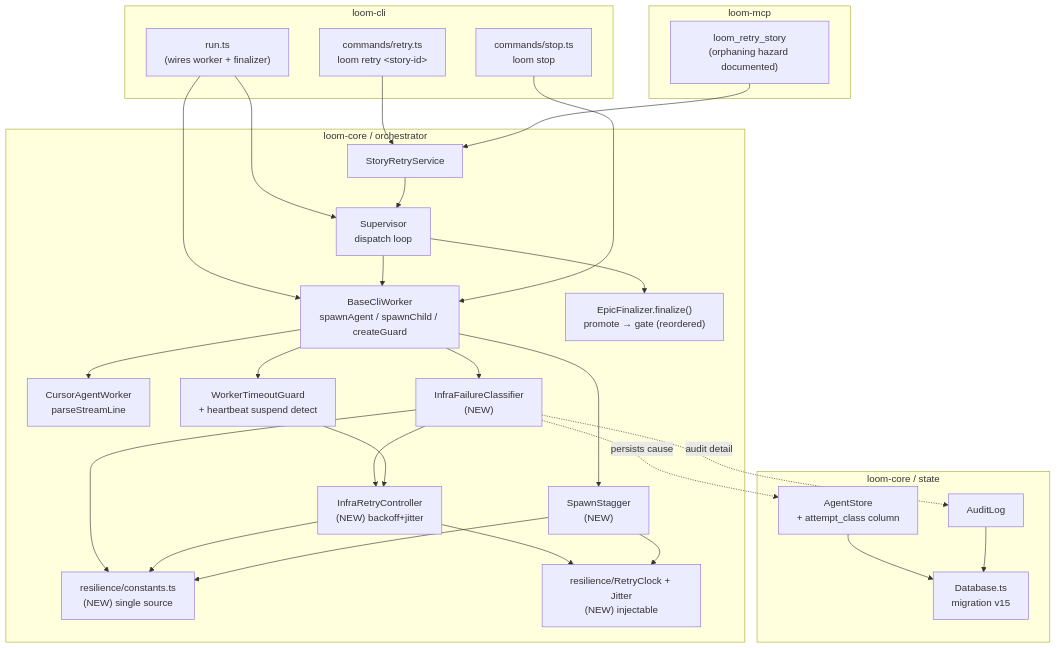
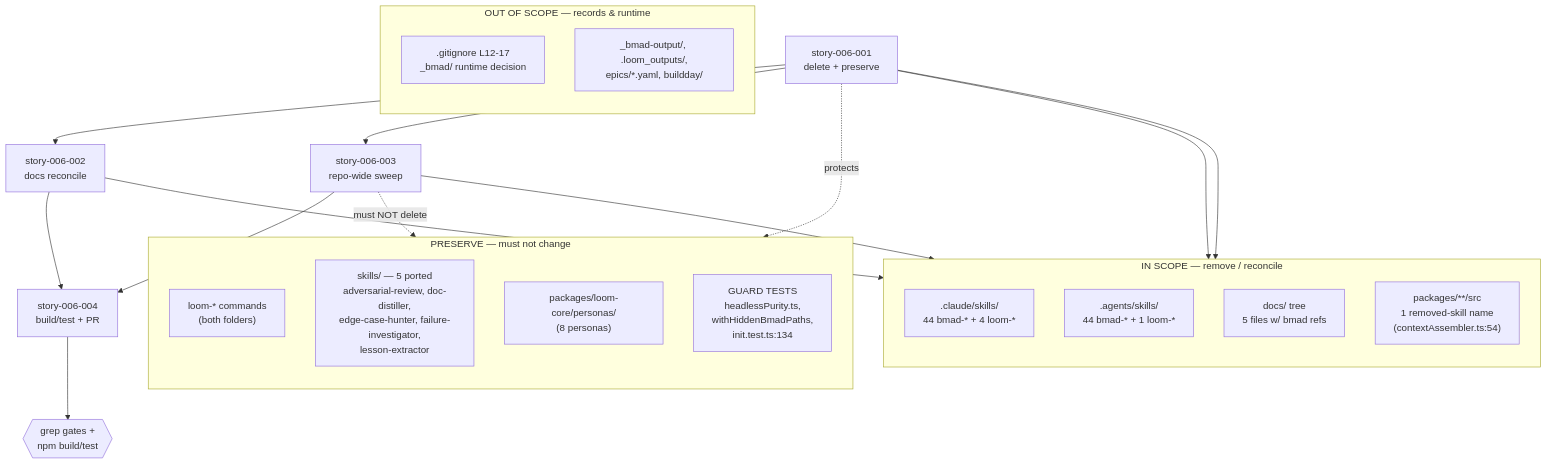
One commit to jeromeportega/loom changed the diagram in .loom_outputs/epic-006/architecture.md. Above: the diagram before and after it, drawn with Mermaid. The commit also changed other lines of this file and 447 other files, not shown here.

First line of the commit message:
epic-006: Remove BMAD scaffolding and reconcile docs (#12)

````diff
--- a/.loom_outputs/epic-006/architecture.md
+++ b/.loom_outputs/epic-006/architecture.md
@@ -17,56 +17,32 @@
 ```mermaid
-flowchart TD
-    subgraph cli["loom-cli"]
-        RUN["run.ts<br/>(wires worker + finalizer)"]
-        RETRY["commands/retry.ts<br/>loom retry &lt;story-id&gt;"]
-        STOP["commands/stop.ts<br/>loom stop"]
+flowchart TB
+    subgraph InScope["IN SCOPE — remove / reconcile"]
+        direction TB
+        CL[".claude/skills/<br/>44 bmad-* + 4 loom-*"]
+        AG[".agents/skills/<br/>44 bmad-* + 1 loom-*"]
+        DOCS["docs/ tree<br/>5 files w/ bmad refs"]
+        SRC["packages/**/src<br/>1 removed-skill name<br/>(contextAssembler.ts:54)"]
     end
 
-    subgraph core["loom-core / orchestrator"]
-        SUP["Supervisor<br/>dispatch loop"]
-        BCW["BaseCliWorker<br/>spawnAgent / spawnChild / createGuard"]
-        CAW["CursorAgentWorker<br/>parseStreamLine"]
-        WTG["WorkerTimeoutGuard<br/>+ heartbeat suspend detect"]
-        CLS["InfraFailureClassifier<br/>(NEW)"]
-        BACK["InfraRetryController<br/>(NEW) backoff+jitter"]
-        STAG["SpawnStagger<br/>(NEW)"]
-        SRS["StoryRetryService"]
-        FIN["EpicFinalizer.finalize()<br/>promote → gate (reordered)"]
-        CONST["resilience/constants.ts<br/>(NEW) single source"]
-        CLOCK["resilience/RetryClock + Jitter<br/>(NEW) injectable"]
+    subgraph Preserve["PRESERVE — must not change"]
+        direction TB
+        LOOM["loom-* commands<br/>(both folders)"]
+        SKILLS["skills/ — 5 ported<br/>adversarial-review, doc-distiller,<br/>edge-case-hunter, failure-investigator,<br/>lesson-extractor"]
+        PERS["packages/loom-core/personas/<br/>(8 personas)"]
+        GUARD["GUARD TESTS<br/>headlessPurity.ts,<br/>withHiddenBmadPaths,<br/>init.test.ts:134"]
     end
 
-    subgraph state["loom-core / state"]
-        DB["Database.ts<br/>migration v15"]
-        AS["AgentStore<br/>+ attempt_class column"]
-        AL["AuditLog"]
+    subgraph OutScope["OUT OF SCOPE — records & runtime"]
+        direction TB
+        IGN[".gitignore L12-17<br/>_bmad/ runtime decision"]
+        HIST["_bmad-output/, .loom_outputs/,<br/>epics/*.yaml, buildday/"]
     end
 
-    subgraph mcp["loom-mcp"]
-        TOOL["loom_retry_story<br/>(orphaning hazard documented)"]
-    end
-
-    RUN --> SUP
-    RUN --> BCW
-    SUP --> BCW
-    BCW --> CAW
-    BCW --> WTG
-    BCW --> CLS
-    CLS --> BACK
-    BACK --> CLOCK
-    BCW --> STAG
-    STAG --> CLOCK
-    WTG --> BACK
-    CLS --> CONST
-    BACK --> CONST
-    STAG --> CONST
-    CLS -.persists cause.-> AS
-    CLS -.audit detail.-> AL
-    RETRY --> SRS
-    TOOL --> SRS
-    SRS --> SUP
-    STOP --> BCW
-    SUP --> FIN
-    AS --> DB
-    AL --> DB
+    S1["story-006-001<br/>delete + preserve"] --> CL & AG
+    S1 -.protects.-> LOOM
+    S2["story-006-002<br/>docs reconcile"] --> DOCS
+    S3["story-006-003<br/>repo-wide sweep"] --> SRC
+    S3 -.must NOT delete.-> GUARD
+    S4["story-006-004<br/>build/test + PR"] --> Gate{{"grep gates +<br/>npm build/test"}}
+    S1 --> S2 & S3 --> S4
 ```
````
